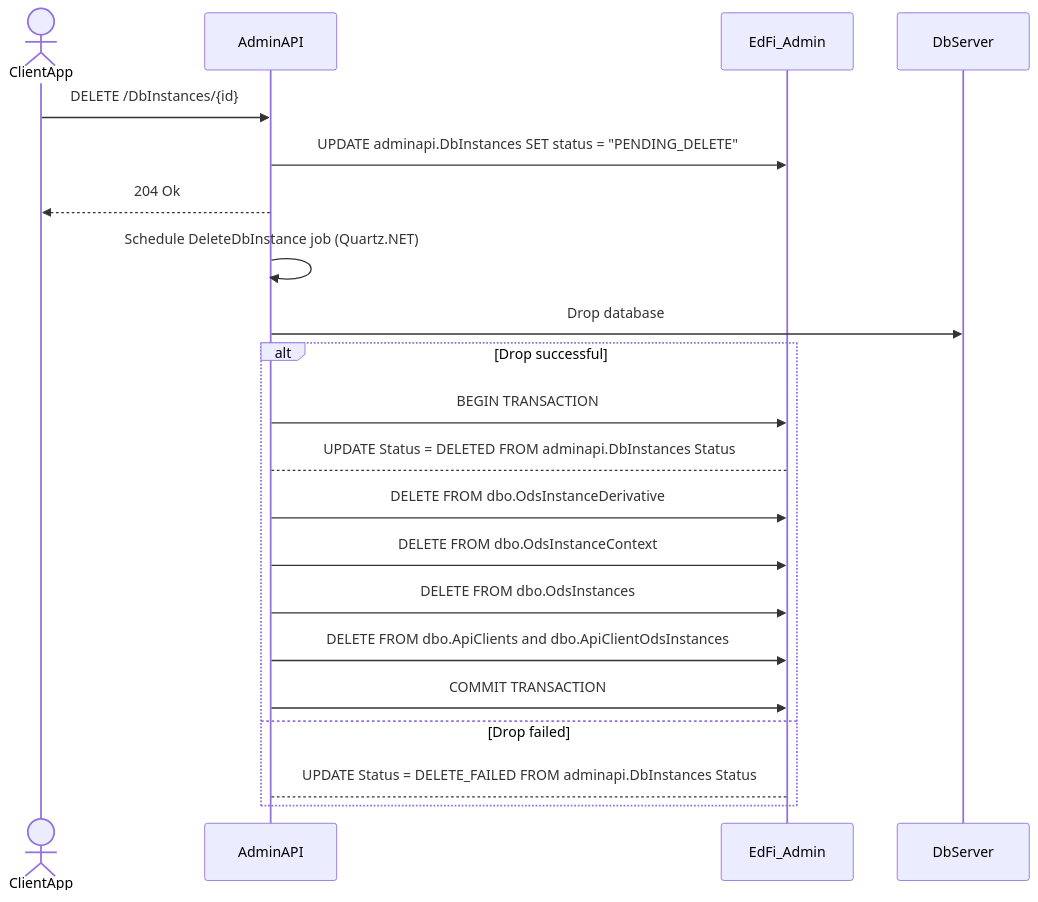
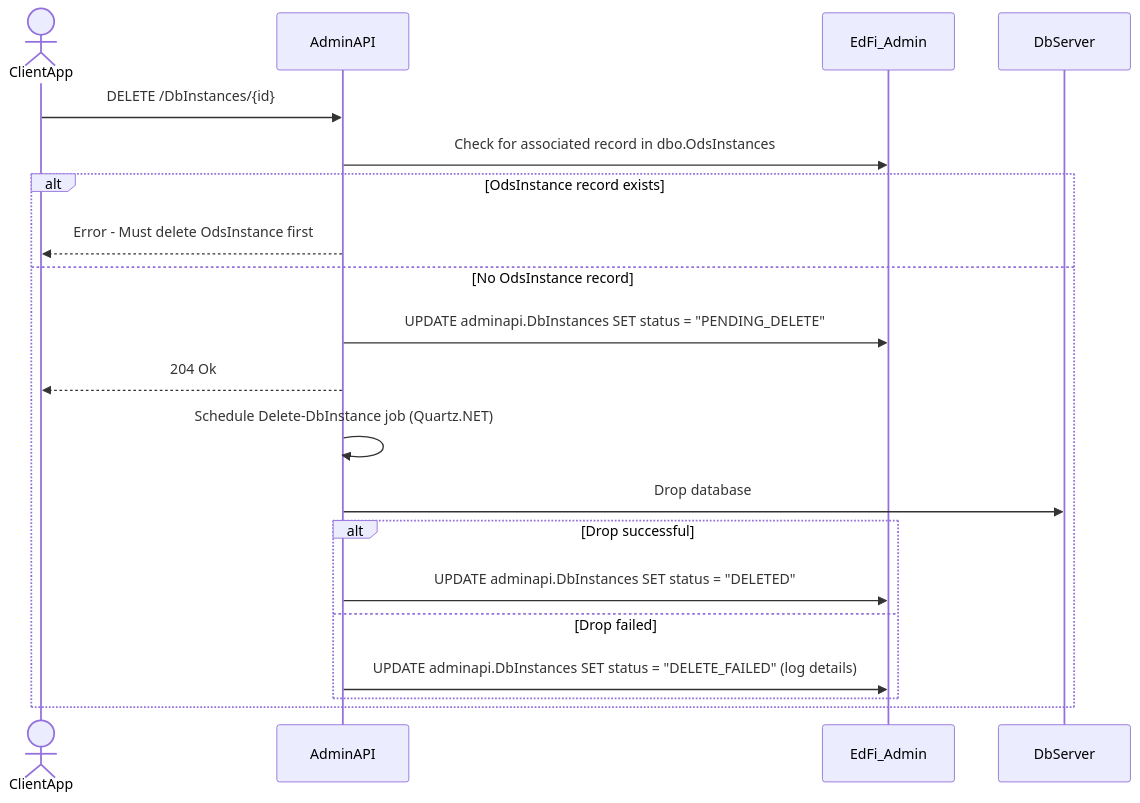
The third of 3 diagrams in docs/design/INSTANCE-MANAGEMENT.md (Ed-Fi-Alliance-OSS/ODS-Admin-API), drawn with Mermaid before and after one commit. The commit also changed other lines of this file and 1 other file, not shown here.

Commit message:
Update instance management workflow

````diff
--- a/docs/design/INSTANCE-MANAGEMENT.md
+++ b/docs/design/INSTANCE-MANAGEMENT.md
@@ -105,26 +178,23 @@
 ```mermaid
 sequenceDiagram
-    actor ClientApp
-    participant AdminAPI
-    participant EdFi_Admin
-    participant DbServer
+  actor ClientApp
+  participant AdminAPI
+  participant EdFi_Admin
+  participant DbServer
 
-    ClientApp ->> AdminAPI: DELETE /DbInstances/{id}
+  ClientApp ->> AdminAPI: DELETE /DbInstances/{id}
+  AdminAPI ->> EdFi_Admin: Check for associated record in dbo.OdsInstances
+  alt OdsInstance record exists
+    AdminAPI -->> ClientApp: Error - Must delete OdsInstance first
+  else No OdsInstance record
     AdminAPI ->> EdFi_Admin: UPDATE adminapi.DbInstances SET status = "PENDING_DELETE"
     AdminAPI -->> ClientApp: 204 Ok
-
-    AdminAPI ->> AdminAPI: Schedule DeleteDbInstance job (Quartz.NET)
+    AdminAPI ->> AdminAPI: Schedule Delete-DbInstance job (Quartz.NET)
     AdminAPI ->> DbServer: Drop database
-
     alt Drop successful
-        AdminAPI ->> EdFi_Admin: BEGIN TRANSACTION
-        AdminAPI --> EdFi_Admin: UPDATE Status = DELETED FROM adminapi.DbInstances Status
-        AdminAPI ->> EdFi_Admin: DELETE FROM dbo.OdsInstanceDerivative
-        AdminAPI ->> EdFi_Admin: DELETE FROM dbo.OdsInstanceContext
-        AdminAPI ->> EdFi_Admin: DELETE FROM dbo.OdsInstances
-        AdminAPI ->> EdFi_Admin: DELETE FROM dbo.ApiClients and dbo.ApiClientOdsInstances
-        AdminAPI ->> EdFi_Admin: COMMIT TRANSACTION
+      AdminAPI ->> EdFi_Admin: UPDATE adminapi.DbInstances SET status = "DELETED"
     else Drop failed
-        AdminAPI --> EdFi_Admin: UPDATE Status = DELETE_FAILED FROM adminapi.DbInstances Status
+      AdminAPI ->> EdFi_Admin: UPDATE adminapi.DbInstances SET status = "DELETE_FAILED" (log details)
     end
+  end
 ```
````
